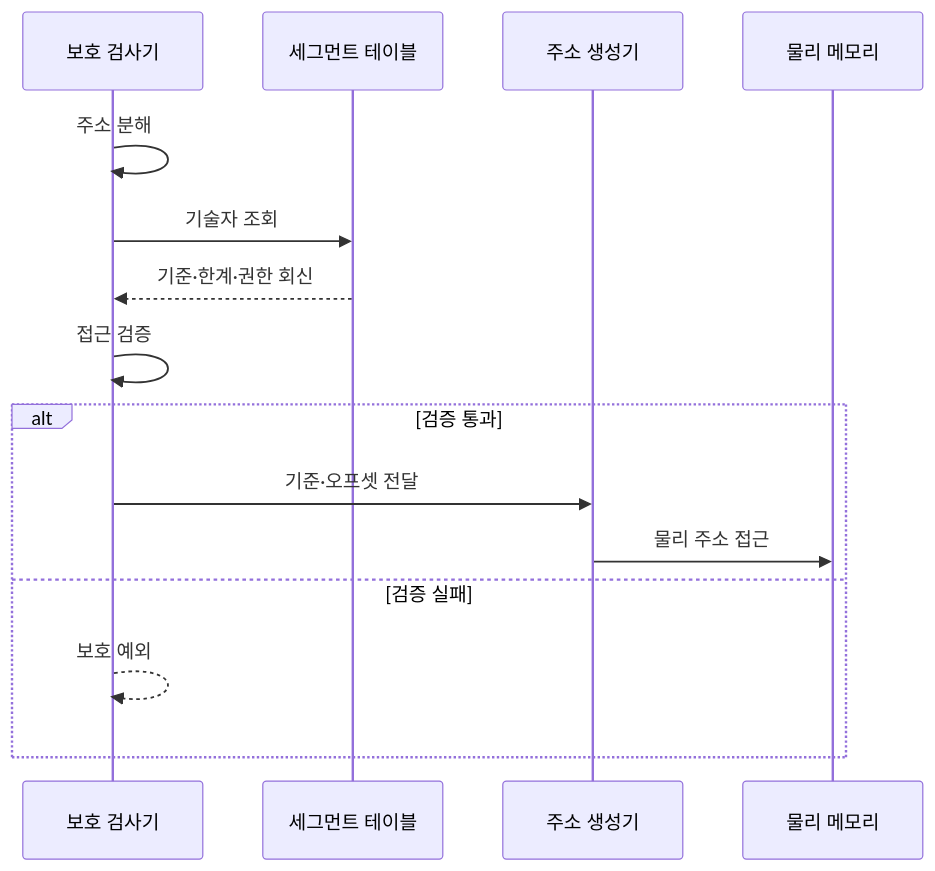
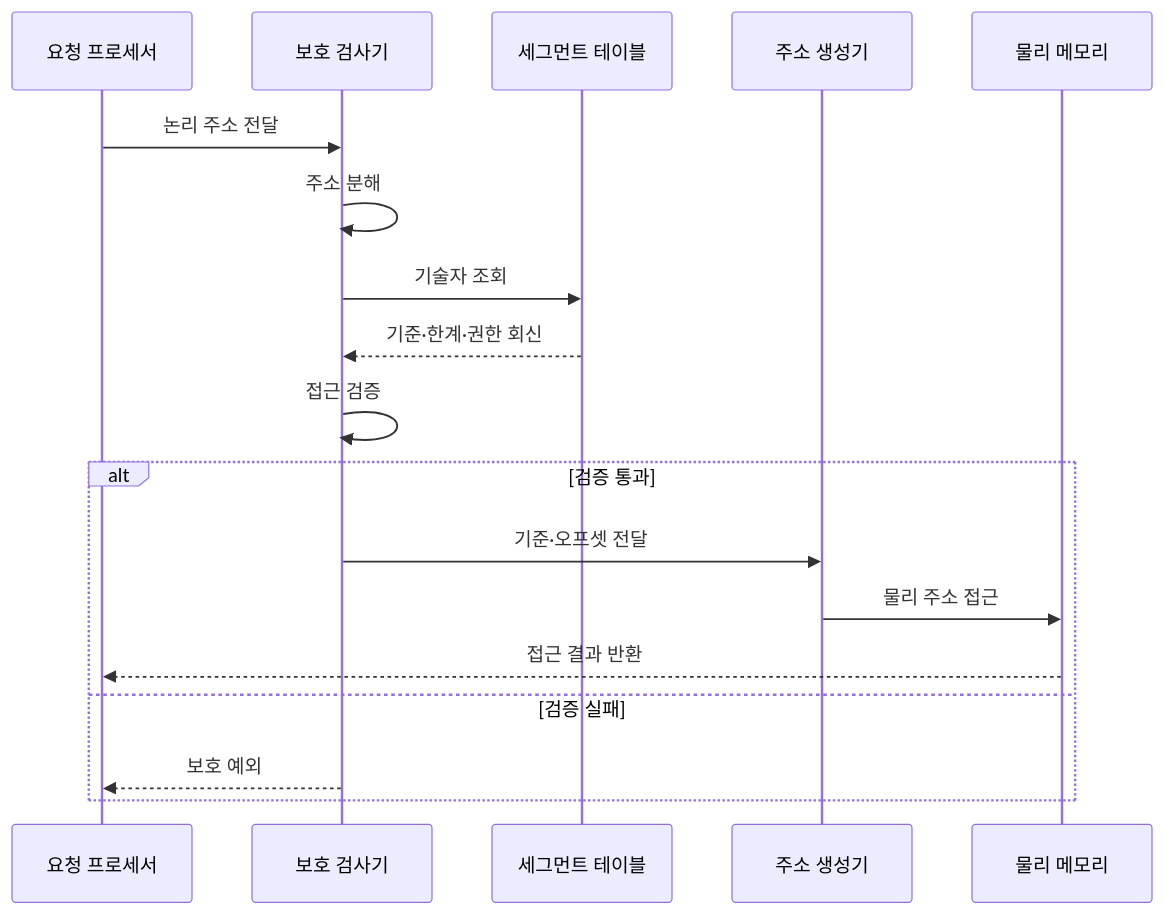
One commit to agnusdei1207/knowledge-base changed the second of 2 diagrams in src/content/docs/notes/02-hardware/019_segmentation.md. Above: the diagram before and after it, drawn with Mermaid. The commit also changed other lines of this file and 7 other files, not shown here.

````diff
--- a/src/content/docs/notes/02-hardware/019_segmentation.md
+++ b/src/content/docs/notes/02-hardware/019_segmentation.md
@@ -90,17 +90,20 @@
 ```mermaid
 sequenceDiagram
+    participant R as 요청 프로세서
     participant C as 보호 검사기
     participant T as 세그먼트 테이블
     participant G as 주소 생성기
     participant P as 물리 메모리
+    R->>C: 논리 주소 전달
     C->>C: 주소 분해
     C->>T: 기술자 조회
     T-->>C: 기준·한계·권한 회신
     C->>C: 접근 검증
     alt 검증 통과
         C->>G: 기준·오프셋 전달
         G->>P: 물리 주소 접근
+        P-->>R: 접근 결과 반환
     else 검증 실패
-        C-->>C: 보호 예외
+        C-->>R: 보호 예외
     end
 ```
````
